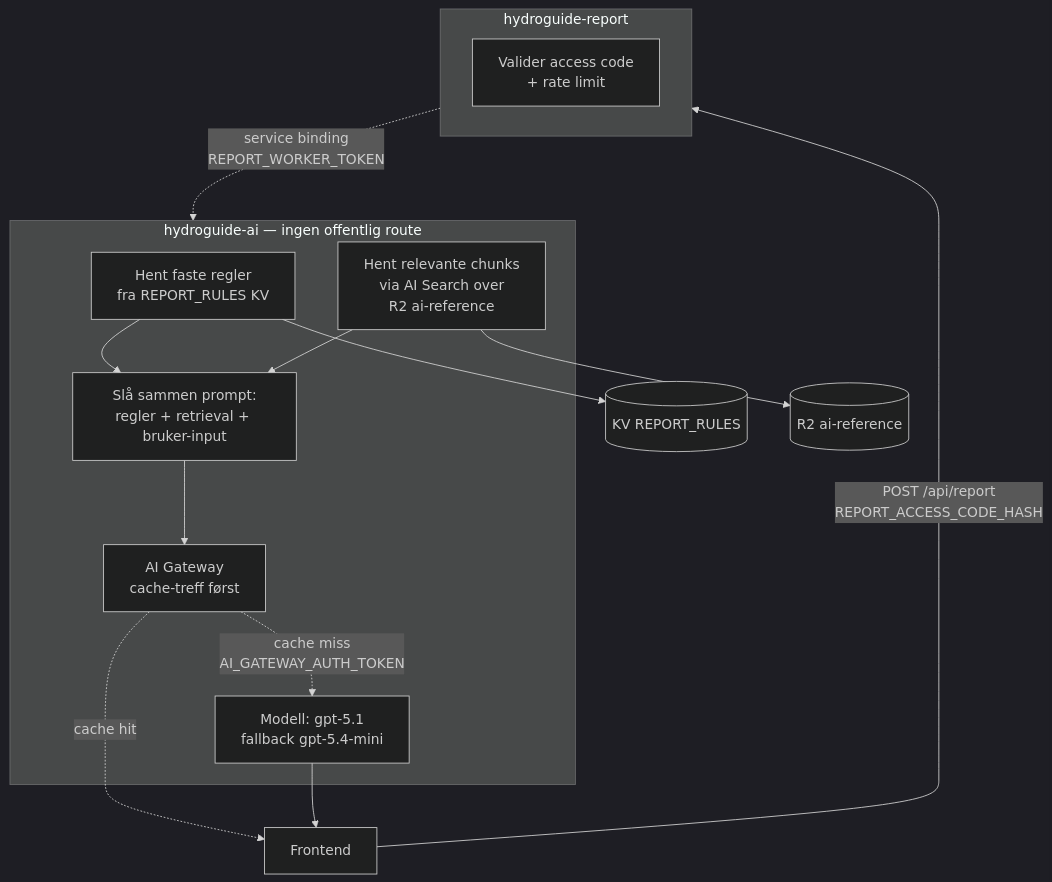
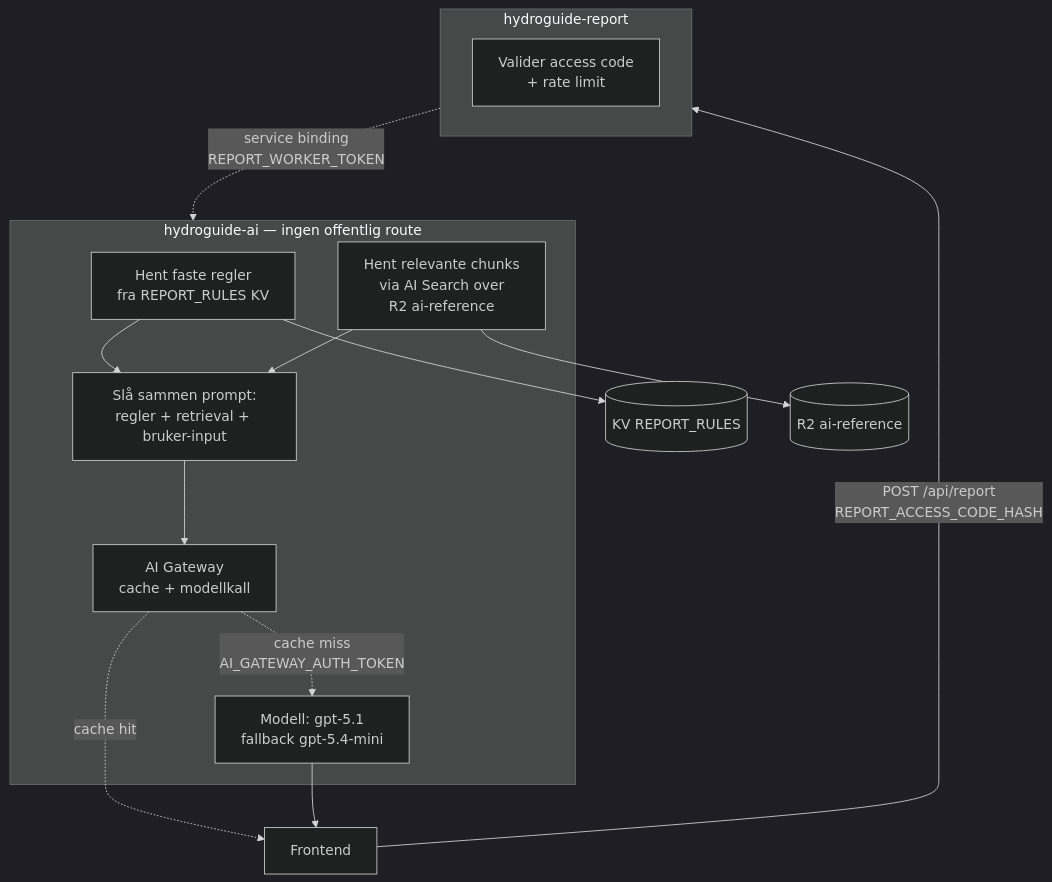
The diagram in docs/ai-rapport.md (nikolsen1234-bit/hydroguide), drawn with Mermaid (dark theme) before and after one commit. The commit also changed other lines of this file and 12 other files, not shown here.

````diff
--- a/docs/ai-rapport.md
+++ b/docs/ai-rapport.md
@@ -12,31 +12,31 @@
 ```mermaid
 flowchart TB
     spa[Frontend]
 
     subgraph reportw[hydroguide-report]
         validate[Valider access code<br/>+ rate limit]
     end
 
     subgraph aiw[hydroguide-ai — ingen offentlig route]
         rules[Hent faste regler<br/>fra REPORT_RULES KV]
         search[Hent relevante chunks<br/>via AI Search over<br/>R2 ai-reference]
         merge[Slå sammen prompt:<br/>regler + retrieval + bruker-input]
-        gateway[AI Gateway<br/>cache-treff først]
+        gateway[AI Gateway<br/>cache + modellkall]
         model[Modell: gpt-5.1<br/>fallback gpt-5.4-mini]
     end
 
     kv[(KV REPORT_RULES)]
     r2[(R2 ai-reference)]
 
     spa -->|POST /api/report<br/>REPORT_ACCESS_CODE_HASH| reportw
     reportw -.service binding<br/>REPORT_WORKER_TOKEN.-> aiw
 
     rules --> kv
     search --> r2
     rules --> merge
     search --> merge
     merge --> gateway
     gateway -.cache miss<br/>AI_GATEWAY_AUTH_TOKEN.-> model
     gateway -.cache hit.-> spa
     model --> spa
 ```
````
